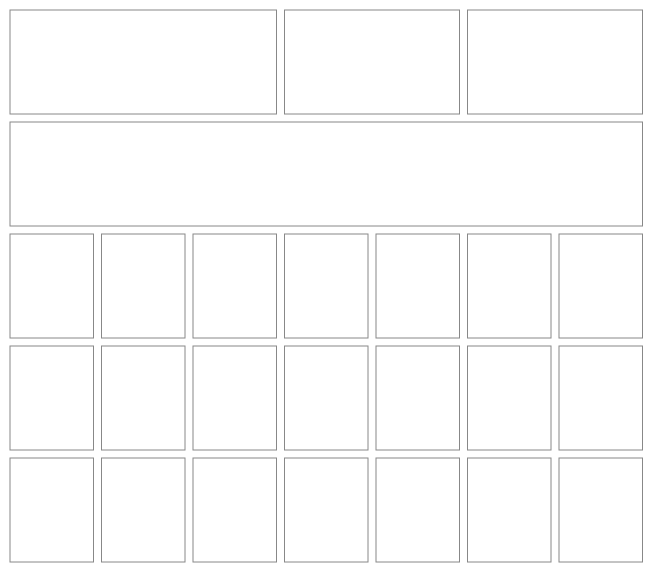
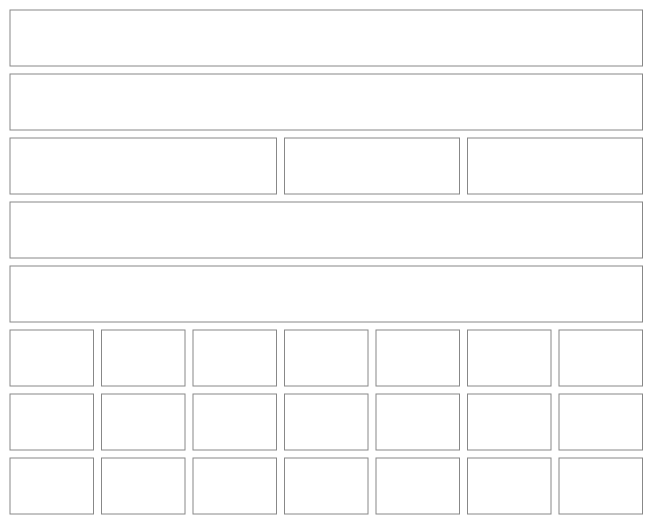
Before and after one commit to NovaMoonX/moondreams-dev-apps: the fifth of 31 diagrams in src/apps/pinch/UX.md, drawn with Mermaid. The commit also changed other lines of this file and 206 other files, not shown here.

````diff
--- a/src/apps/pinch/UX.md
+++ b/src/apps/pinch/UX.md
@@ -126,55 +132,61 @@
 ```mermaid
 %%{init: {'theme': 'base', 'themeVariables': {'primaryColor': 'transparent', 'primaryBorderColor': '#888888', 'primaryTextColor': '#333333', 'lineColor': '#888888'}}}%%
 block-beta
   columns 7
-  C1["Spent<br/>$412.60<br/>leaves out 2 items · Add prices"]:3
-  C2["Avg / meal<br/>$5.80"]:2
-  C3["$ / g protein<br/>$0.04"]:2
-  C4["‹   October 2026   ›   ⚙️"]:7
-  C5["M"]:1
-  C6["T"]:1
-  C7["W"]:1
-  C8["T"]:1
-  C9["F"]:1
-  C10["S"]:1
-  C11["S"]:1
-  C12["12"]:1
-  C13["13 ● today<br/>🍳 ▬<br/>🍝 ▬<br/>🍰 ▬"]:1
-  C14["14<br/>🥪 ▬"]:1
-  C15["15"]:1
-  C16["16<br/>🍝 ▬<br/>🍿 ▬"]:1
-  C17["17"]:1
-  C18["18"]:1
-  C19["19"]:1
-  C20["20"]:1
-  C21["21"]:1
-  C22["22"]:1
-  C23["23"]:1
-  C24["24"]:1
-  C25["25"]:1
+  C1["Calendar   ⚙️   + Add"]:7
+  C2["‹   October 2026   ›   [ Month ] Week Day"]:7
+  C3["Cost this month<br/>$412.60 ⚠"]:3
+  C4["Avg per meal<br/>$5.80"]:2
+  C5["Per g protein<br/>$0.04"]:2
+  C6["Daily average this month<br/>🔥 1,840 · 💪 96g (the ones switched on)"]:7
+  C7["2 ingredients need a price · Add prices   ✕"]:7
+  C8["S"]:1
+  C9["M"]:1
+  C10["T"]:1
+  C11["W"]:1
+  C12["T"]:1
+  C13["F"]:1
+  C14["S"]:1
+  C15["11"]:1
+  C16["12"]:1
+  C17["13 ● today<br/>🍳 🍝 🍰"]:1
+  C18["14<br/>🥪"]:1
+  C19["15"]:1
+  C20["16<br/>🍝 🍿"]:1
+  C21["17"]:1
+  C22["18"]:1
+  C23["19"]:1
+  C24["20"]:1
+  C25["21"]:1
+  C26["22"]:1
+  C27["23"]:1
+  C28["24"]:1
   style C1 fill:transparent,stroke:#888888,stroke-width:1px;
   style C2 fill:transparent,stroke:#888888,stroke-width:1px;
   style C3 fill:transparent,stroke:#888888,stroke-width:1px;
   style C4 fill:transparent,stroke:#888888,stroke-width:1px;
   style C5 fill:transparent,stroke:#888888,stroke-width:1px;
   style C6 fill:transparent,stroke:#888888,stroke-width:1px;
   style C7 fill:transparent,stroke:#888888,stroke-width:1px;
   style C8 fill:transparent,stroke:#888888,stroke-width:1px;
   style C9 fill:transparent,stroke:#888888,stroke-width:1px;
   style C10 fill:transparent,stroke:#888888,stroke-width:1px;
   style C11 fill:transparent,stroke:#888888,stroke-width:1px;
   style C12 fill:transparent,stroke:#888888,stroke-width:1px;
   style C13 fill:transparent,stroke:#888888,stroke-width:1px;
   style C14 fill:transparent,stroke:#888888,stroke-width:1px;
   style C15 fill:transparent,stroke:#888888,stroke-width:1px;
   style C16 fill:transparent,stroke:#888888,stroke-width:1px;
   style C17 fill:transparent,stroke:#888888,stroke-width:1px;
   style C18 fill:transparent,stroke:#888888,stroke-width:1px;
   style C19 fill:transparent,stroke:#888888,stroke-width:1px;
   style C20 fill:transparent,stroke:#888888,stroke-width:1px;
   style C21 fill:transparent,stroke:#888888,stroke-width:1px;
   style C22 fill:transparent,stroke:#888888,stroke-width:1px;
   style C23 fill:transparent,stroke:#888888,stroke-width:1px;
   style C24 fill:transparent,stroke:#888888,stroke-width:1px;
   style C25 fill:transparent,stroke:#888888,stroke-width:1px;
+  style C26 fill:transparent,stroke:#888888,stroke-width:1px;
+  style C27 fill:transparent,stroke:#888888,stroke-width:1px;
+  style C28 fill:transparent,stroke:#888888,stroke-width:1px;
 ```
````
